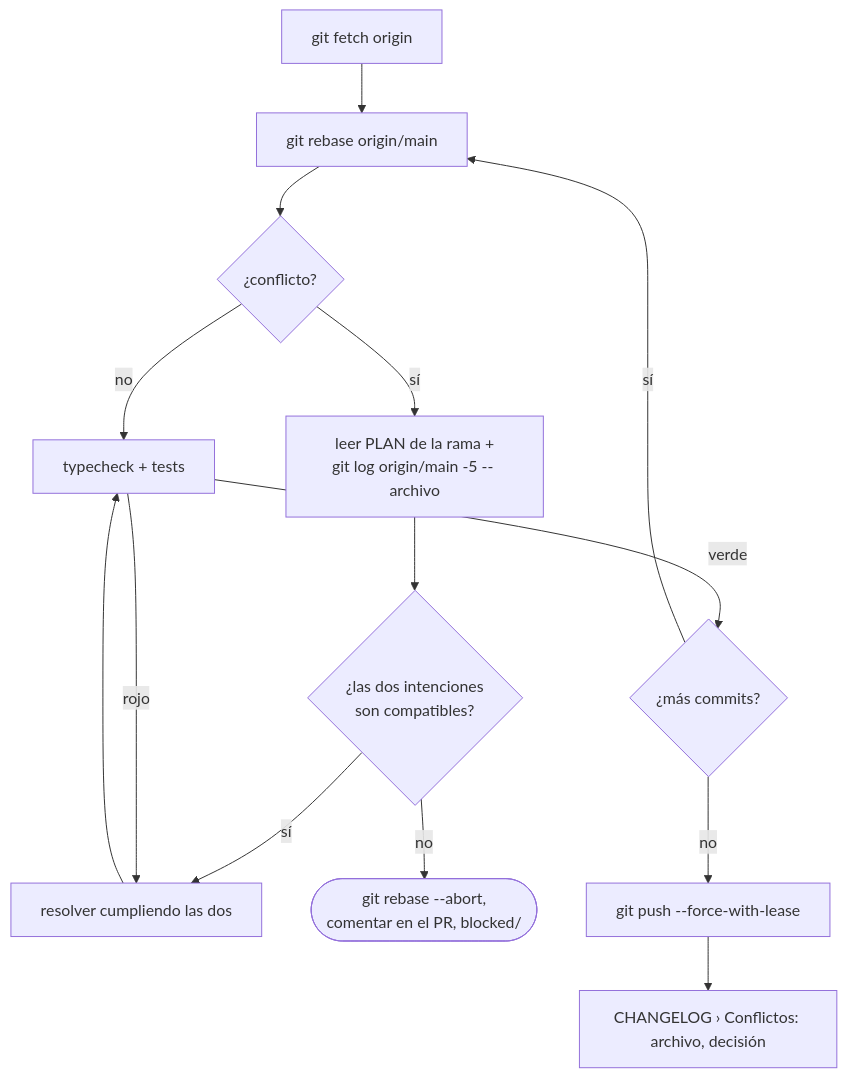
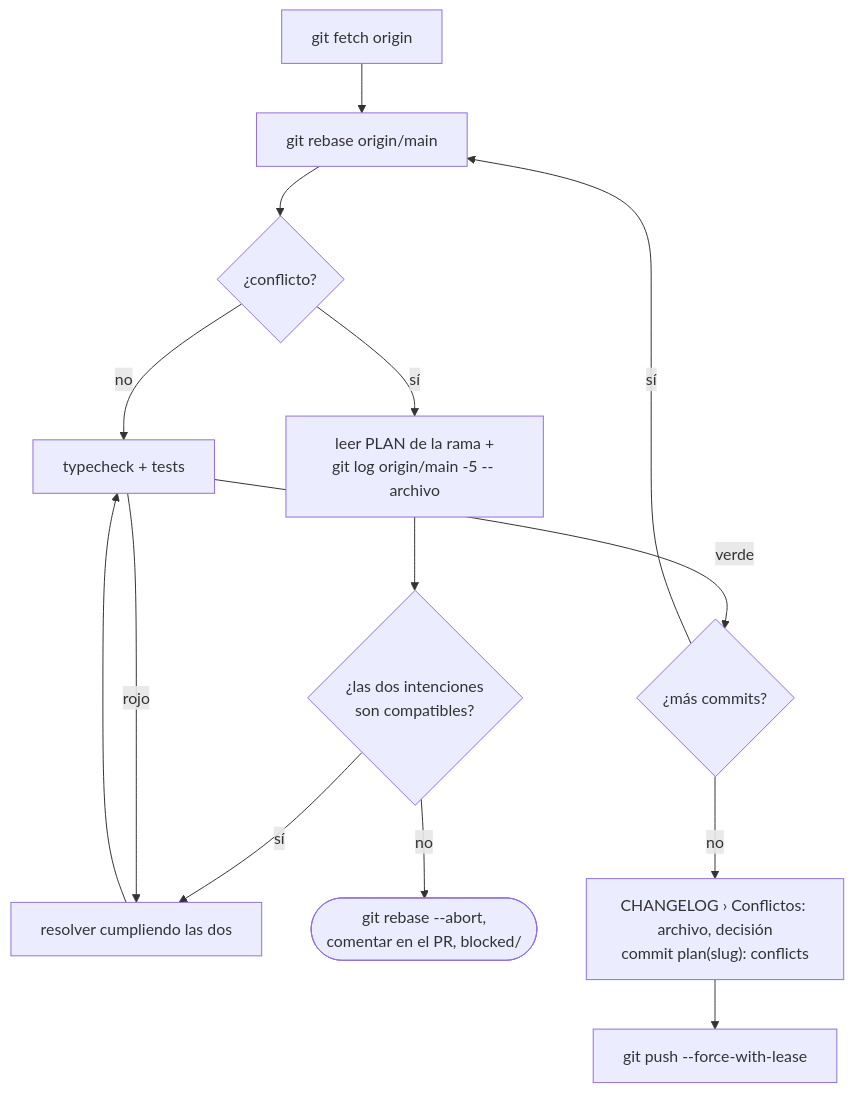
One commit to octavio-parozlabs/mindstack changed the diagram in skills/workflow/references/conflicts.md. Above: the diagram before and after it, drawn with Mermaid. The commit also changed 36 other files, not shown here.

````diff
--- a/skills/workflow/references/conflicts.md
+++ b/skills/workflow/references/conflicts.md
@@ -5,15 +5,15 @@
 ```mermaid
 flowchart TD
     F[git fetch origin] --> R[git rebase origin/main]
     R --> C{¿conflicto?}
     C -- no --> T
     C -- sí --> L[leer PLAN de la rama +\ngit log origin/main -5 -- archivo]
     L --> I{¿las dos intenciones\nson compatibles?}
     I -- sí --> S[resolver cumpliendo las dos] --> T[typecheck + tests]
     I -- no --> A([git rebase --abort,\ncomentar en el PR, blocked/])
     T -- rojo --> S
     T -- verde --> N{¿más commits?}
     N -- sí --> R
-    N -- no --> P[git push --force-with-lease]
-    P --> W[CHANGELOG › Conflictos: archivo, decisión]
+    N -- no --> W["CHANGELOG › Conflictos: archivo, decisión<br/>commit plan(slug): conflicts"]
+    W --> P[git push --force-with-lease]
 ```
````
